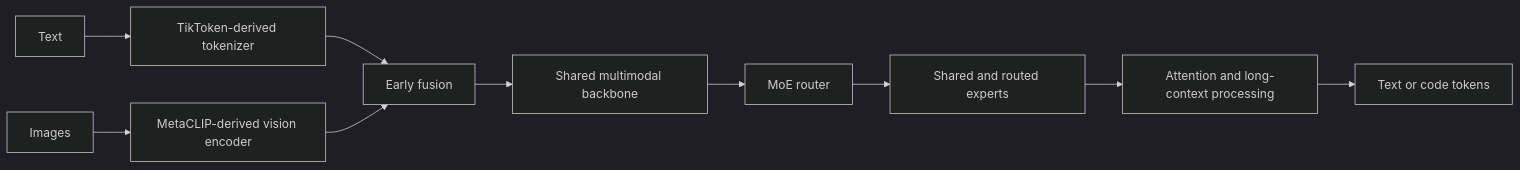
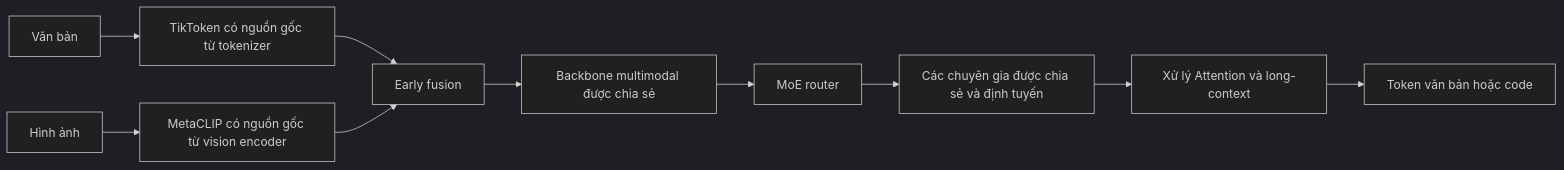
The seventh of 28 diagrams in docs/research_finding/01-gwen/broad_overview/LLM_VLM/recent_llm_overview.md (cycler04/VinRobotics-VLA), drawn with Mermaid (dark theme) before and after one commit. The commit also changed other lines of this file and 79 other files, not shown here.

````diff
--- a/docs/research_finding/01-gwen/broad_overview/LLM_VLM/recent_llm_overview.md
+++ b/docs/research_finding/01-gwen/broad_overview/LLM_VLM/recent_llm_overview.md
@@ -387,12 +387,12 @@
 ```mermaid
 flowchart LR
-    T[Text] --> Tok[TikToken-derived tokenizer]
-    I[Images] --> V[MetaCLIP-derived vision encoder]
+    T[Văn bản] --> Tok[TikToken có nguồn gốc từ tokenizer]
+    I[Hình ảnh] --> V[MetaCLIP có nguồn gốc từ vision encoder]
     Tok --> Fusion[Early fusion]
     V --> Fusion
-    Fusion --> B[Shared multimodal backbone]
+    Fusion --> B[Backbone multimodal được chia sẻ]
     B --> R[MoE router]
-    R --> X[Shared and routed experts]
-    X --> A[Attention and long-context processing]
-    A --> O[Text or code tokens]
+    R --> X[Các chuyên gia được chia sẻ và định tuyến]
+    X --> A[Xử lý Attention và long-context]
+    A --> O[Token văn bản hoặc code]
 ```
````
